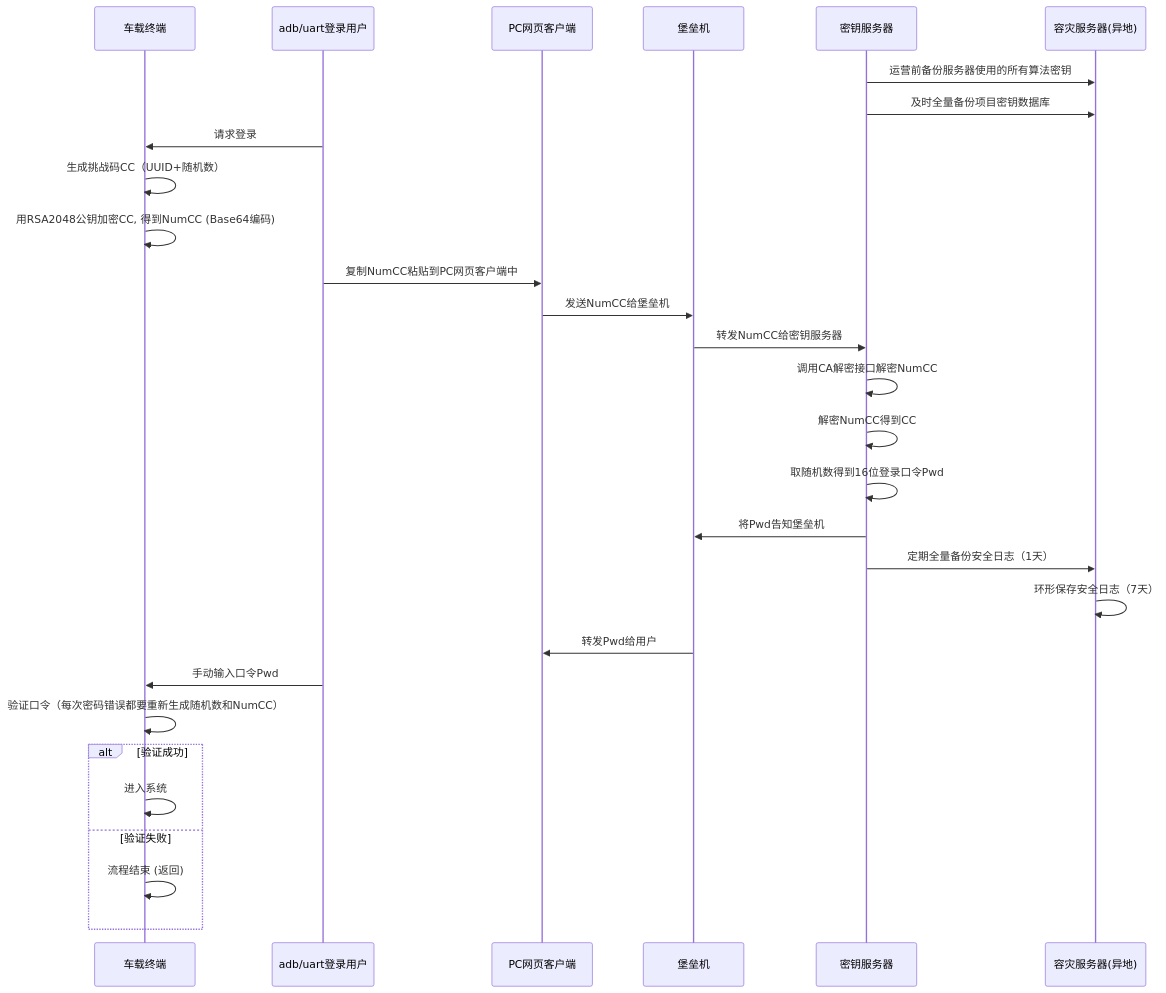
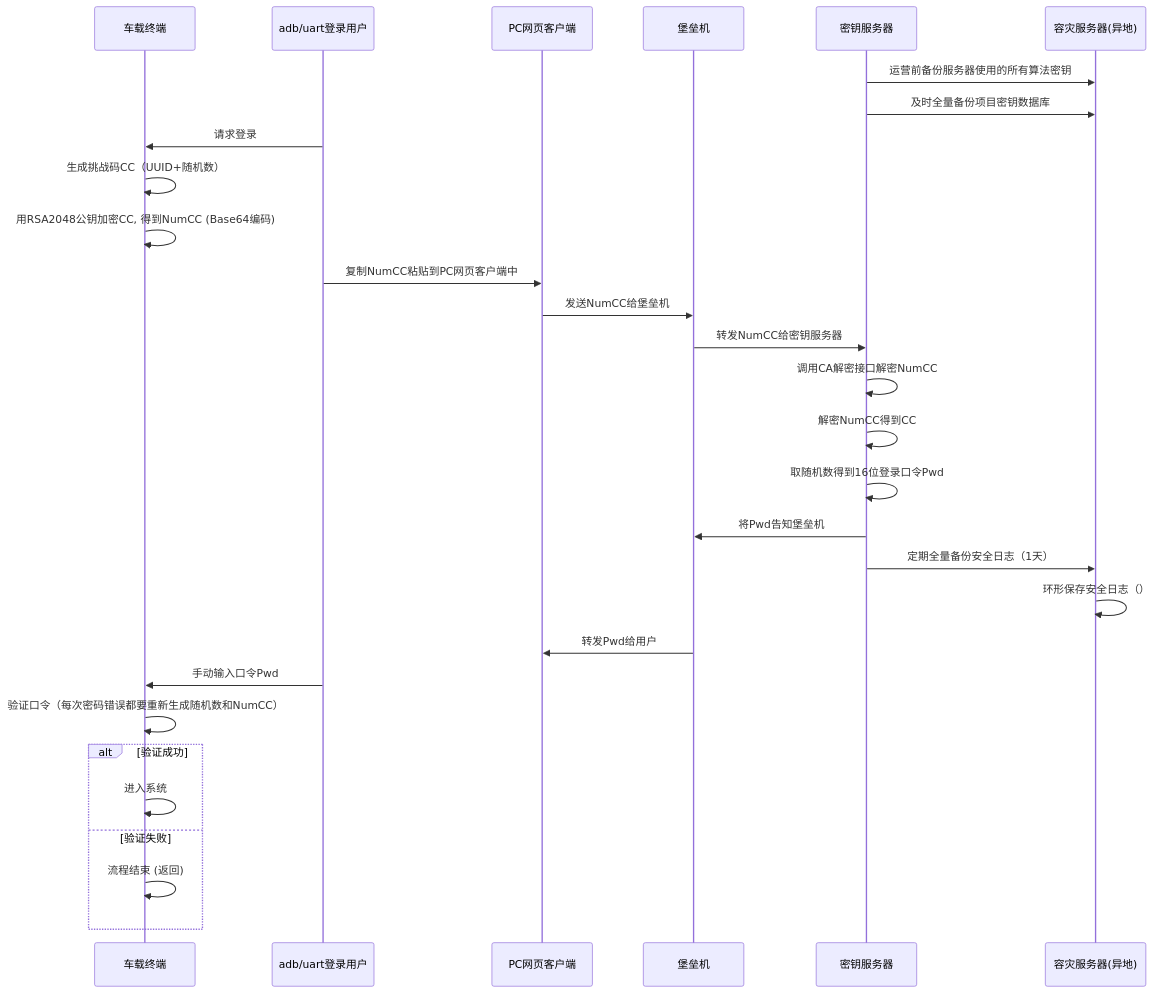
The diagram in all/未命名-19.md (facebook-cloud/iodraw-files), drawn with Mermaid before and after one commit.

Commit message:
2026-03-16 17:34:31 update

````diff
--- a/all/未命名-19.md
+++ b/all/未命名-19.md
@@ -1,36 +1,36 @@
 ```mermaid
 sequenceDiagram
     participant tbox as 车载终端
     participant user as adb/uart登录用户
     participant pc as PC网页客户端
     participant bastion as 堡垒机
     participant tech_center as 密钥服务器
     participant backup as 容灾服务器(异地)
   
     tech_center->>backup: 运营前备份服务器使用的所有算法密钥
     tech_center->>backup: 及时全量备份项目密钥数据库
 
     user->>tbox: 请求登录
     tbox->>tbox: 生成挑战码CC（UUID+随机数）
     tbox->>tbox: 用RSA2048公钥加密CC, 得到NumCC (Base64编码)
     user->>pc: 复制NumCC粘贴到PC网页客户端中
     pc->>bastion: 发送NumCC给堡垒机
     bastion->>tech_center: 转发NumCC给密钥服务器
     tech_center->>tech_center: 调用CA解密接口解密NumCC
     tech_center->>tech_center: 解密NumCC得到CC
     tech_center->>tech_center: 取随机数得到16位登录口令Pwd
     tech_center->>bastion: 将Pwd告知堡垒机
 
     tech_center->>backup: 定期全量备份安全日志（1天）
-    backup->>backup: 环形保存安全日志（7天）
+    backup->>backup: 环形保存安全日志（）
     bastion->>pc: 转发Pwd给用户
     user->>tbox: 手动输入口令Pwd
     tbox->>tbox: 验证口令（每次密码错误都要重新生成随机数和NumCC）
     alt 验证成功
         tbox->>tbox: 进入系统
     else 验证失败
         tbox->>tbox: 流程结束 (返回)
     end
 
 
 ```
````
